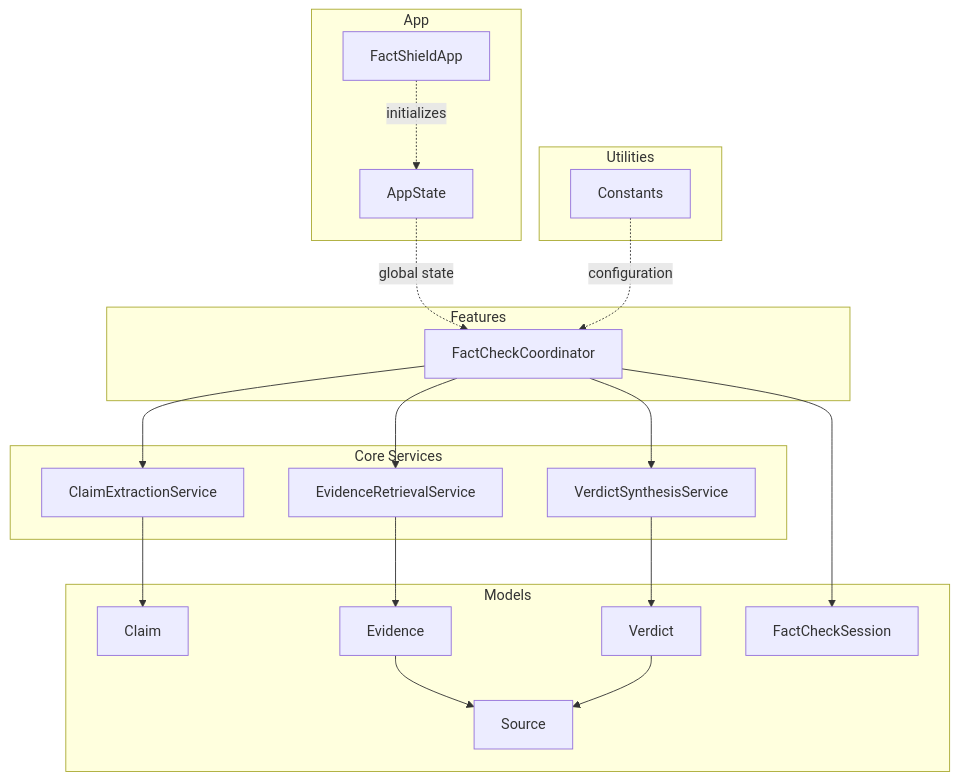
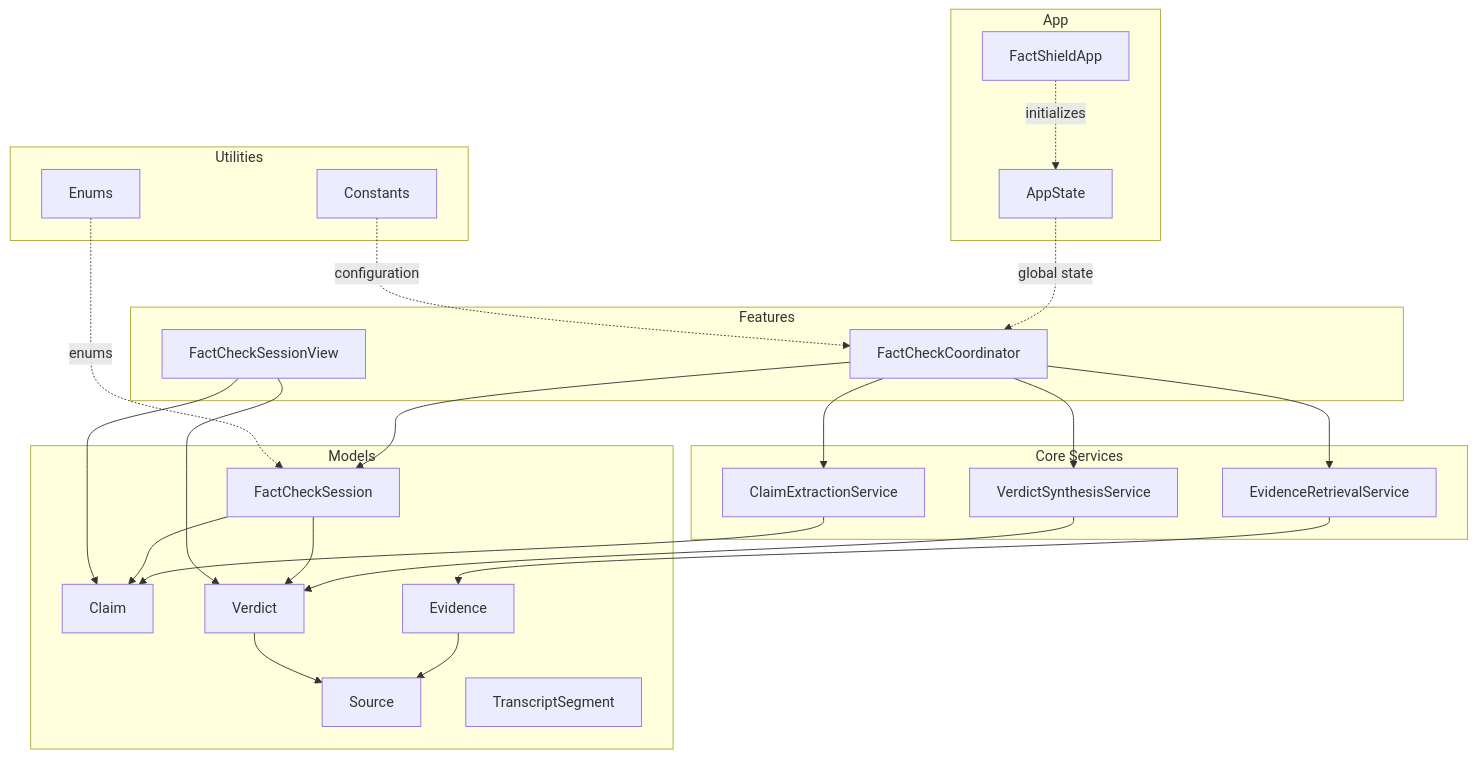
One commit to alexandreybasta-cyber/factshield-ios changed the first of 6 diagrams in .qoder/repowiki/en/content/Data Models and State Management/Data Models and State Management.md. Above: the diagram before and after it, drawn with Mermaid. The commit also changed other lines of this file and 97 other files, not shown here.

````diff
--- a/.qoder/repowiki/en/content/Data Models and State Management/Data Models and State Management.md
+++ b/.qoder/repowiki/en/content/Data Models and State Management/Data Models and State Management.md
@@ -49,37 +61,45 @@
 ```mermaid
 graph TB
 subgraph "Models"
 M1["Claim"]
 M2["Evidence"]
 M3["Verdict"]
 M4["Source"]
 M5["FactCheckSession"]
+M6["TranscriptSegment"]
 end
 subgraph "App"
 A1["AppState"]
 A2["FactShieldApp"]
 end
 subgraph "Core Services"
 C1["ClaimExtractionService"]
 C2["EvidenceRetrievalService"]
 C3["VerdictSynthesisService"]
 end
 subgraph "Features"
 F1["FactCheckCoordinator"]
+F2["FactCheckSessionView"]
 end
 subgraph "Utilities"
 U1["Constants"]
+U2["Enums"]
 end
 F1 --> C1
 F1 --> C2
 F1 --> C3
 C1 --> M1
 C2 --> M2
 C3 --> M3
 M2 --> M4
 M3 --> M4
+M5 --> M1
+M5 --> M3
 F1 --> M5
+F2 --> M1
+F2 --> M3
 A1 -.global state.-> F1
 A2 -.initializes.-> A1
 U1 -.configuration.-> F1
+U2 -.enums.-> M5
 ```
````
